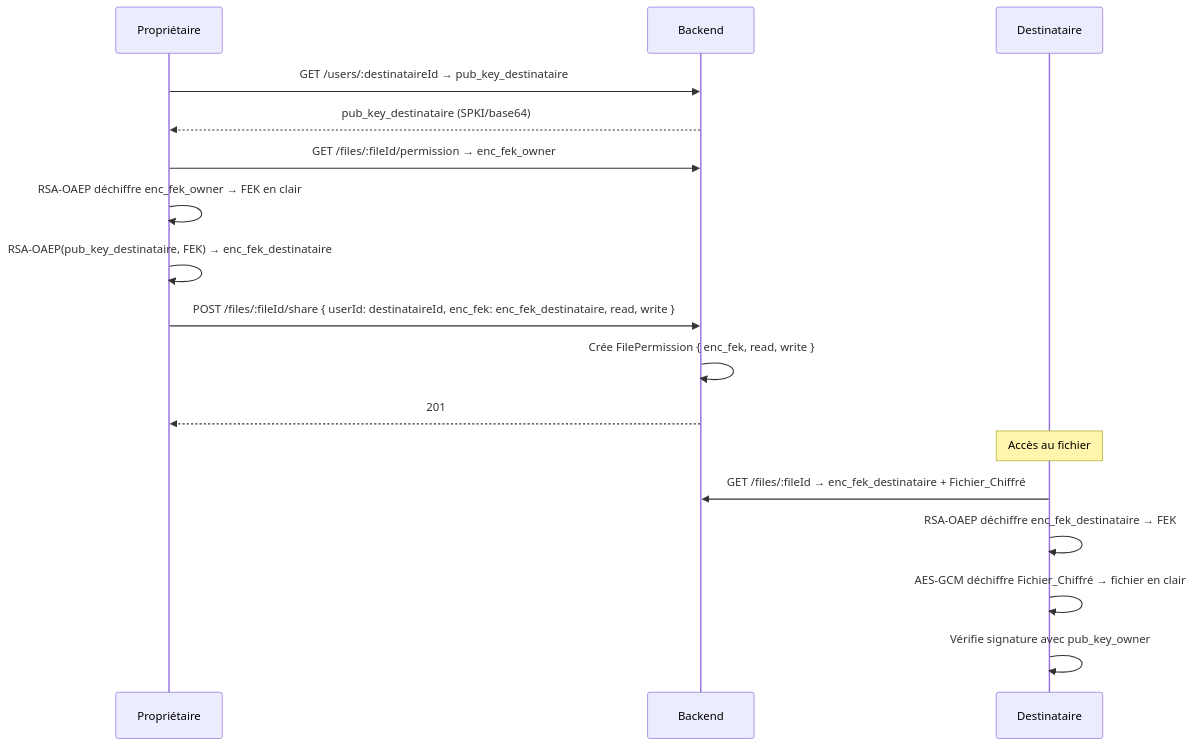
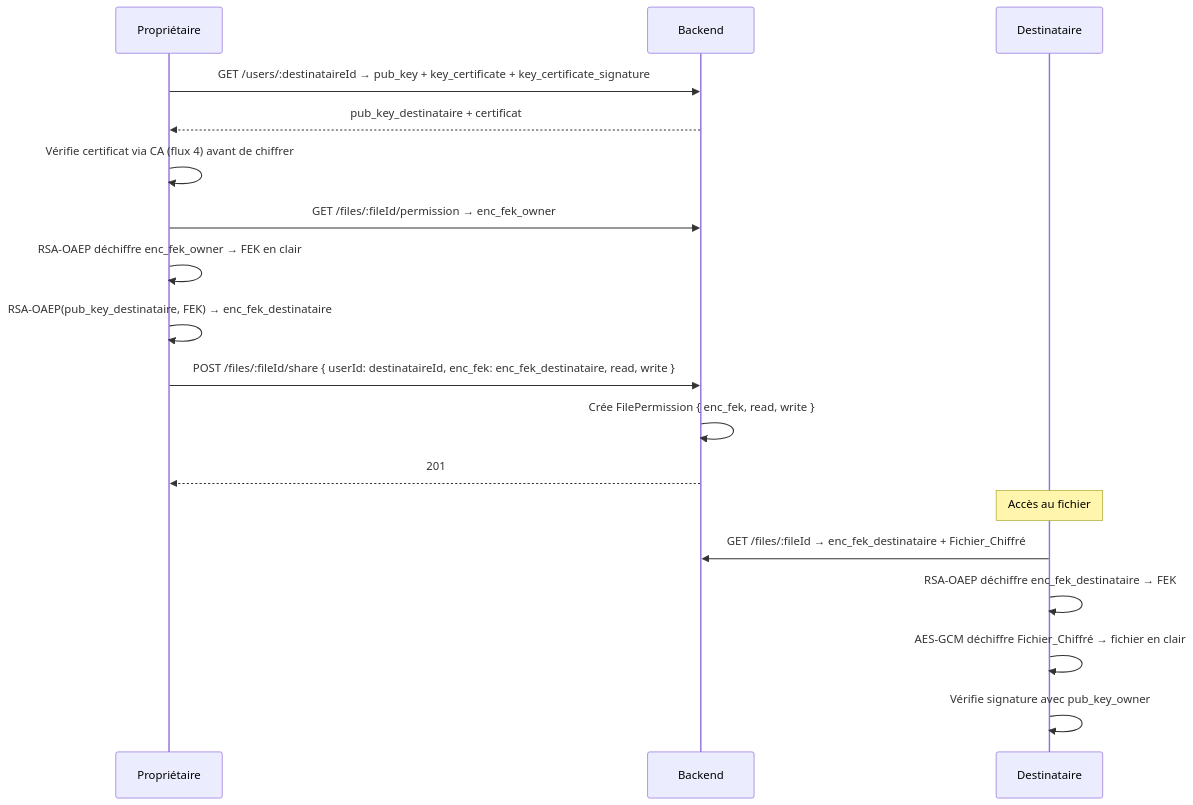
The seventh of 12 diagrams in doc/crypto-flows.md (blind-storage/back-end), drawn with Mermaid before and after one commit. The commit also changed other lines of this file and 3 other files, not shown here.

Commit message:
fix(auth): remove Rezel OIDC flow and update documentation; adjust PKI certificate handling

````diff
--- a/doc/crypto-flows.md
+++ b/doc/crypto-flows.md
@@ -138,21 +177,22 @@
 ```mermaid
 sequenceDiagram
     participant O as Propriétaire
     participant B as Backend
     participant D as Destinataire
 
-    O->>B: GET /users/:destinataireId → pub_key_destinataire
-    B-->>O: pub_key_destinataire (SPKI/base64)
+    O->>B: GET /users/:destinataireId → pub_key + key_certificate + key_certificate_signature
+    B-->>O: pub_key_destinataire + certificat
+    O->>O: Vérifie certificat via CA (flux 4) avant de chiffrer
     O->>B: GET /files/:fileId/permission → enc_fek_owner
     O->>O: RSA-OAEP déchiffre enc_fek_owner → FEK en clair
     O->>O: RSA-OAEP(pub_key_destinataire, FEK) → enc_fek_destinataire
     O->>B: POST /files/:fileId/share { userId: destinataireId, enc_fek: enc_fek_destinataire, read, write }
     B->>B: Crée FilePermission { enc_fek, read, write }
     B-->>O: 201
 
     Note over D: Accès au fichier
     D->>B: GET /files/:fileId → enc_fek_destinataire + Fichier_Chiffré
     D->>D: RSA-OAEP déchiffre enc_fek_destinataire → FEK
     D->>D: AES-GCM déchiffre Fichier_Chiffré → fichier en clair
     D->>D: Vérifie signature avec pub_key_owner
 ```
````
